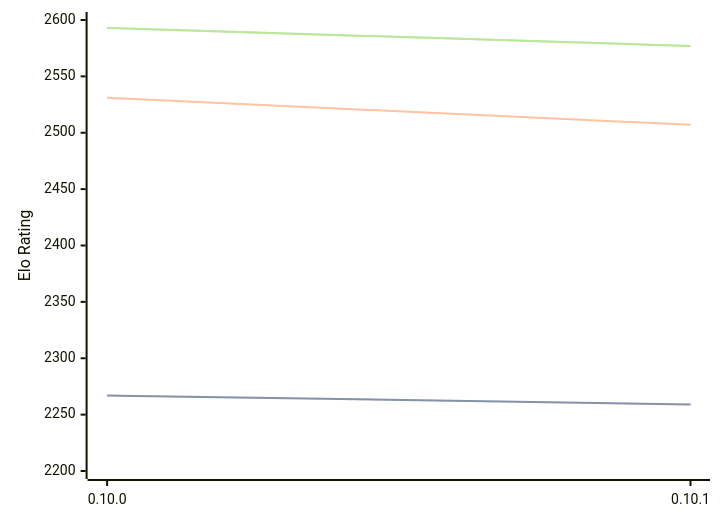
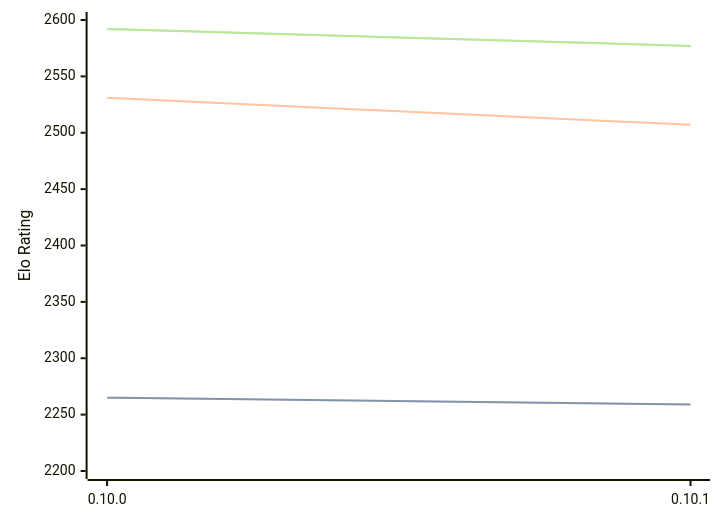
The diagram in engines/Fatalii.md (computer-chess-index/cci), drawn with Mermaid before and after one commit. The commit also changed other lines of this file, not shown here.

Commit message:
Update CCI Ratings (ELO VLTC) - 2026-06-12

````diff
--- a/engines/Fatalii.md
+++ b/engines/Fatalii.md
@@ -46,11 +46,11 @@
 ```mermaid
 %%{init: {"theme":"base","themeVariables":{"seriesColors:['#a3a3a3','#222221','#faa371']}}}%%
 xychart-beta
   x-axis ["0.10.0", "0.10.1"]
   y-axis "Elo Rating" 2200 --> 2600
-  line "STC (8.0+0.08s)" [2267, 2259]
-  line "STC (8.0+0.08s)" [2267, 2259]
+  line "STC (8.0+0.08s)" [2265, 2259]
+  line "STC (8.0+0.08s)" [2265, 2259]
   line "LTC (60.0+0.60s)" [2531, 2507]
-  line "VLTC (2m24s+1.12s)" [2593, 2577]
-  line "VLTC (2m24s+1.12s)" [2593, 2577]
+  line "VLTC (2m24s+1.12s)" [2592, 2577]
+  line "VLTC (2m24s+1.12s)" [2592, 2577]
 ```
````
